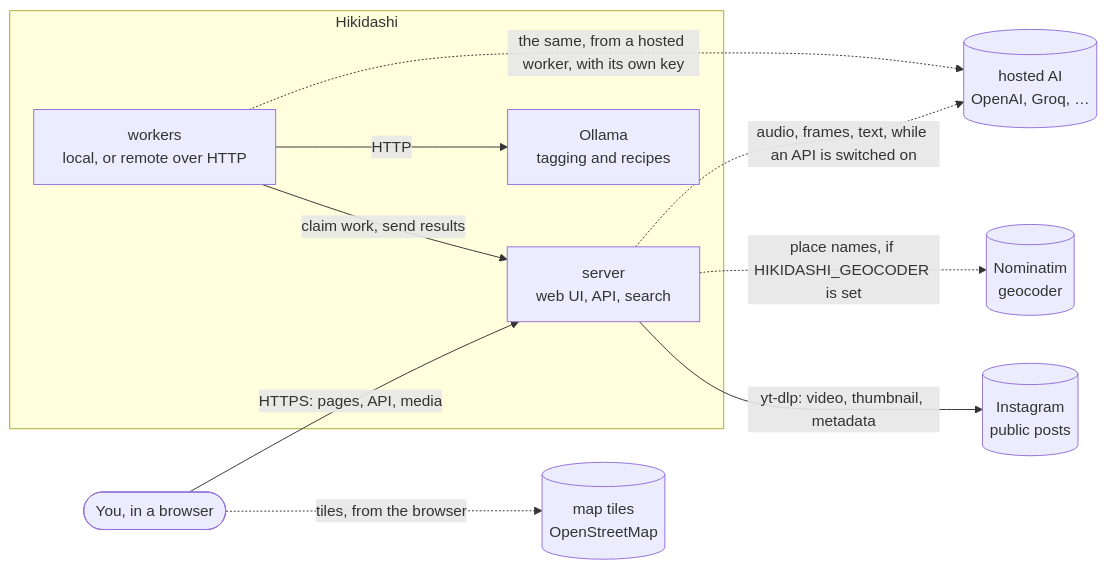
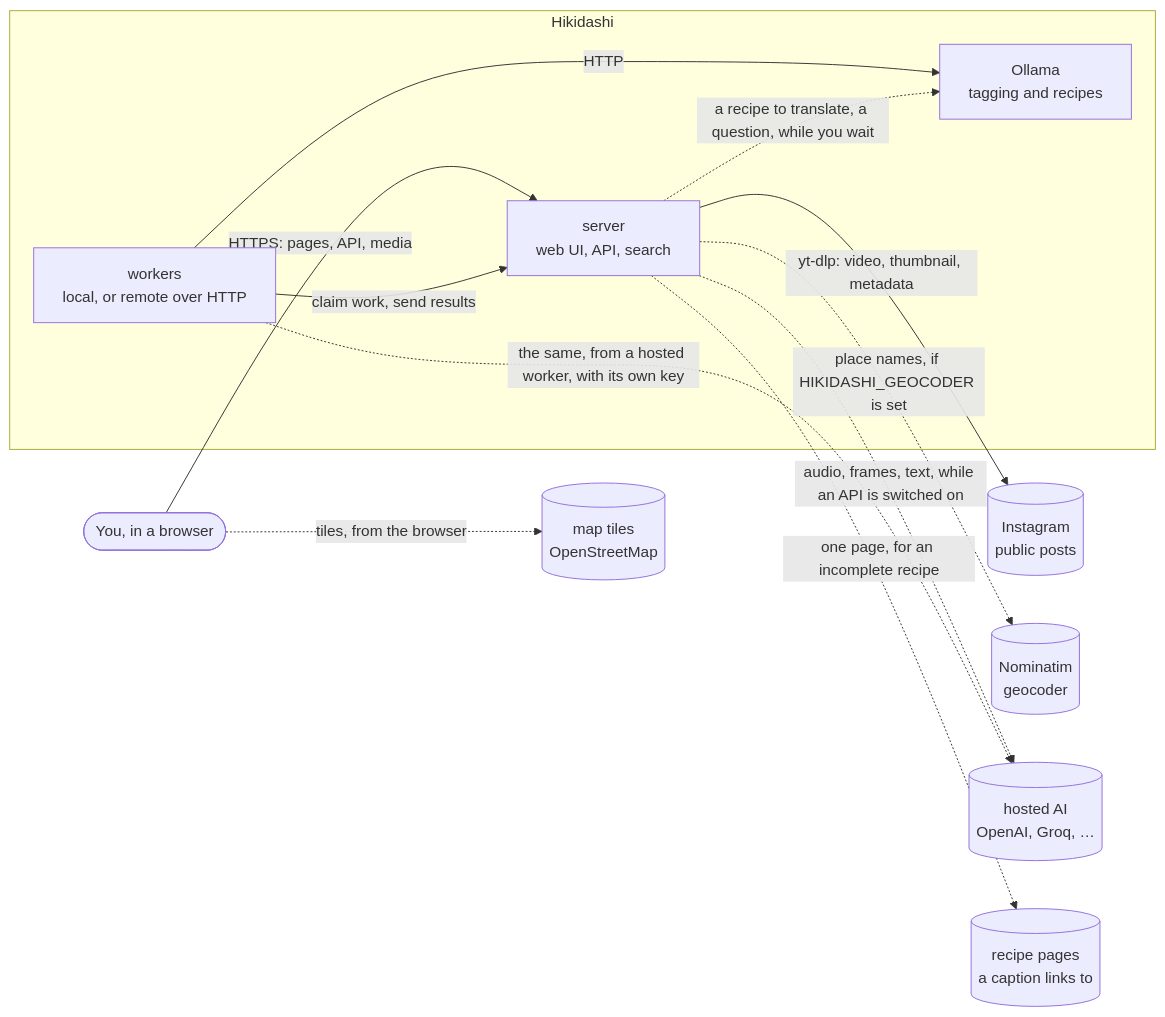
The first of 10 diagrams in docs/architecture.md (spanthetree/hikidashi), drawn with Mermaid before and after one commit. The commit also changed other lines of this file and 25 other files, not shown here.

````diff
--- a/docs/architecture.md
+++ b/docs/architecture.md
@@ -23,22 +23,25 @@
 ```mermaid
 flowchart LR
   person(["You, in a browser"])
   subgraph rv["Hikidashi"]
     server["server<br/>web UI, API, search"]
     workers["workers<br/>local, or remote over HTTP"]
     ollama["Ollama<br/>tagging and recipes"]
   end
   ig[("Instagram<br/>public posts")]
   geo[("Nominatim<br/>geocoder")]
   tiles[("map tiles<br/>OpenStreetMap")]
   hosted[("hosted AI<br/>OpenAI, Groq, …")]
+  blogs[("recipe pages<br/>a caption links to")]
 
   person -- "HTTPS: pages, API, media" --> server
   person -. "tiles, from the browser" .-> tiles
   workers -- "claim work, send results" --> server
   workers -- "HTTP" --> ollama
   server -- "yt-dlp: video, thumbnail, metadata" --> ig
   server -. "place names, if HIKIDASHI_GEOCODER is set" .-> geo
   server -. "audio, frames, text, while an API is switched on" .-> hosted
   workers -. "the same, from a hosted worker, with its own key" .-> hosted
+  server -. "one page, for an incomplete recipe" .-> blogs
+  server -. "a recipe to translate, a question, while you wait" .-> ollama
 ```
````
